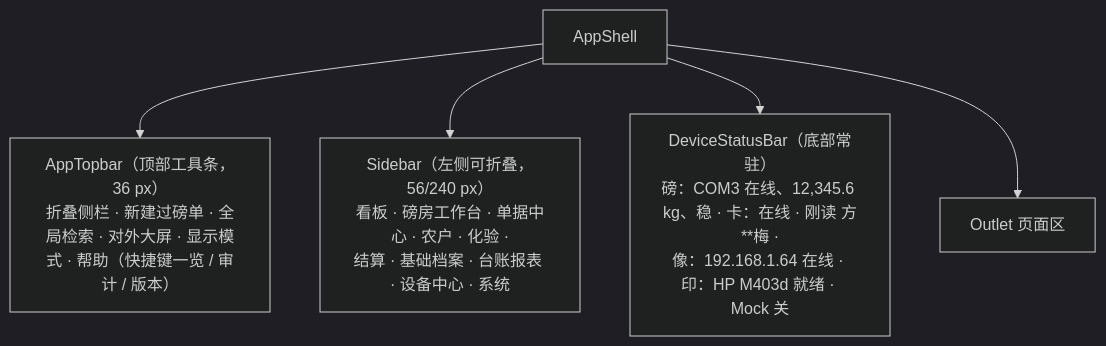
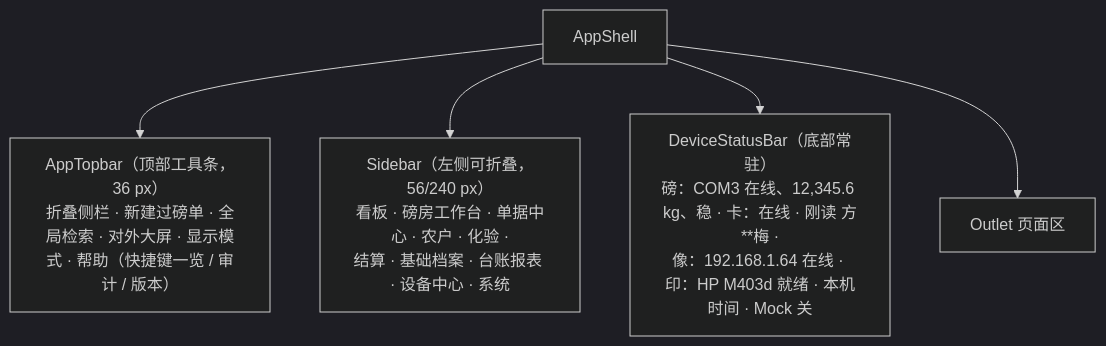
Before and after one commit to datawalkcloud/BangHe: the diagram in docs/design/05-UI结构与交互规范.md, drawn with Mermaid (dark theme). The commit also changed other lines of this file and 101 other files, not shown here.

````diff
--- a/docs/design/05-UI结构与交互规范.md
+++ b/docs/design/05-UI结构与交互规范.md
@@ -22,7 +22,7 @@
 ```mermaid
 flowchart TD
     A["AppShell"] --> B["AppTopbar（顶部工具条，36 px）<br/>折叠侧栏 · 新建过磅单 · 全局检索 · 对外大屏 · 显示模式 · 帮助（快捷键一览 / 审计 / 版本）"]
     A --> C["Sidebar（左侧可折叠，56/240 px）<br/>看板 · 磅房工作台 · 单据中心 · 农户 · 化验 ·<br/>结算 · 基础档案 · 台账报表 · 设备中心 · 系统"]
-    A --> D["DeviceStatusBar（底部常驻）<br/>磅：COM3 在线、12,345.6 kg、稳 · 卡：在线 · 刚读 方**梅 ·<br/>像：192.168.1.64 在线 · 印：HP M403d 就绪 · Mock 关"]
+    A --> D["DeviceStatusBar（底部常驻）<br/>磅：COM3 在线、12,345.6 kg、稳 · 卡：在线 · 刚读 方**梅 ·<br/>像：192.168.1.64 在线 · 印：HP M403d 就绪 · 本机时间 · Mock 关"]
     A --> E["Outlet 页面区"]
 ```
````
